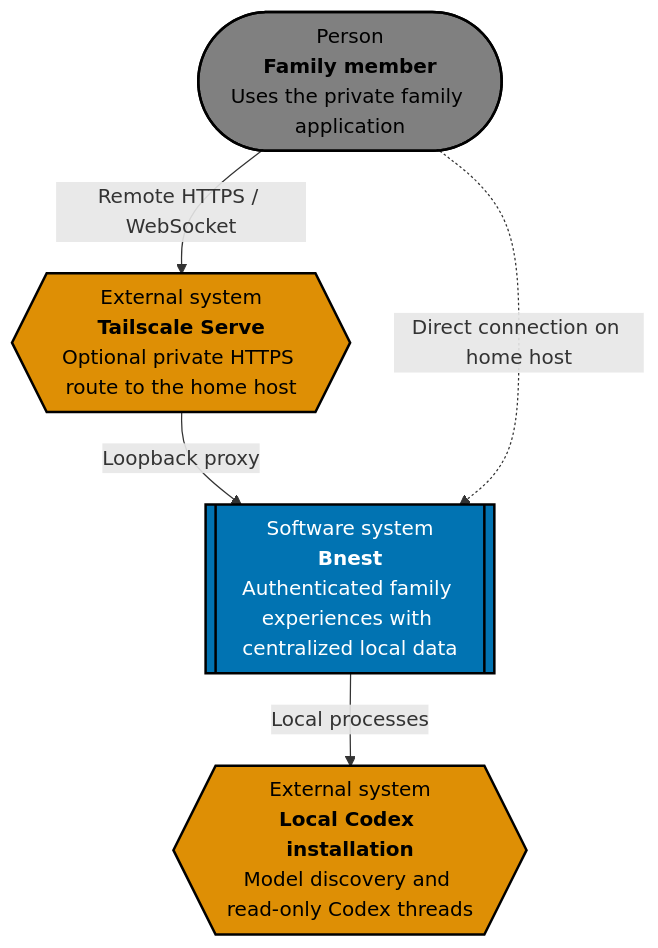
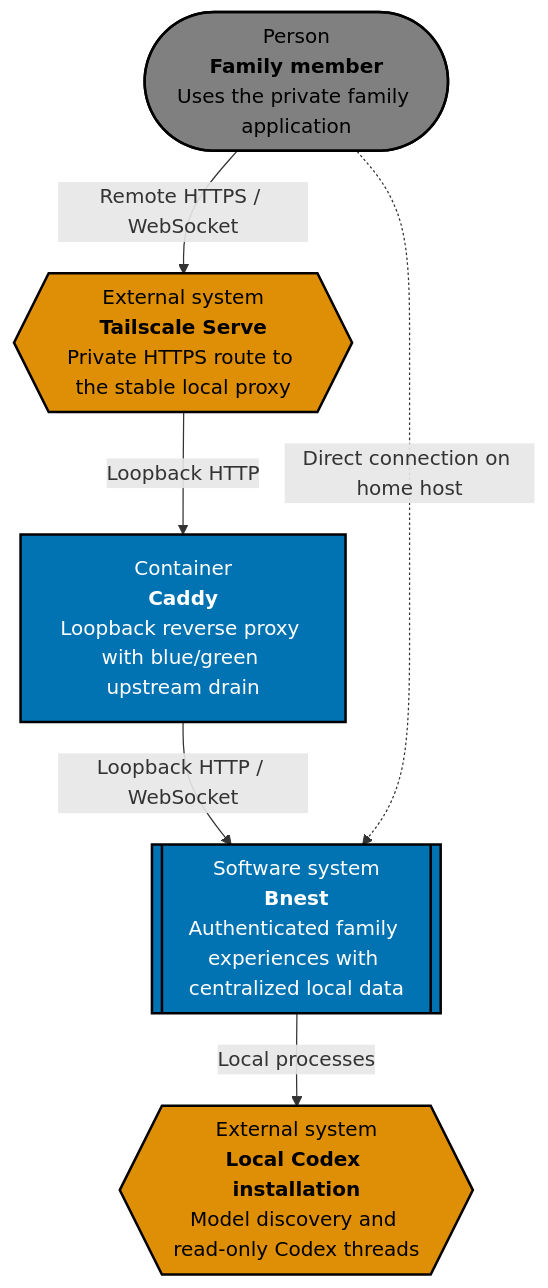
One commit to wahidyankf/beaver-nest changed the first of 3 diagrams in specs/apps/bnest/app/architecture.md. Above: the diagram before and after it, drawn with Mermaid. The commit also changed other lines of this file and 27 other files, not shown here.

Commit message:
feat(bnest): add no-downtime caddy deployment

````diff
--- a/specs/apps/bnest/app/architecture.md
+++ b/specs/apps/bnest/app/architecture.md
@@ -7,20 +7,23 @@
 ```mermaid
 %% Accessible palette: blue #0173B2, orange #DE8F05, gray #808080
 flowchart TB
     visitor(["Person<br/><b>Family member</b><br/>Uses the private family application"])
-    tailscale{{"External system<br/><b>Tailscale Serve</b><br/>Optional private HTTPS route to the home host"}}
+    tailscale{{"External system<br/><b>Tailscale Serve</b><br/>Private HTTPS route to the stable local proxy"}}
+    caddy["Container<br/><b>Caddy</b><br/>Loopback reverse proxy with blue/green upstream drain"]
     bnest[["Software system<br/><b>Bnest</b><br/>Authenticated family experiences with centralized local data"]]
     codex{{"External system<br/><b>Local Codex installation</b><br/>Model discovery and read-only Codex threads"}}
 
     visitor -->|Remote HTTPS / WebSocket| tailscale
-    tailscale -->|Loopback proxy| bnest
+    tailscale -->|Loopback HTTP| caddy
+    caddy -->|Loopback HTTP / WebSocket| bnest
     visitor -.->|Direct connection on home host| bnest
     bnest -->|Local processes| codex
 
     classDef person fill:#808080,stroke:#000000,color:#000000,stroke-width:2px
     classDef system fill:#0173B2,stroke:#000000,color:#FFFFFF,stroke-width:2px
     classDef external fill:#DE8F05,stroke:#000000,color:#000000,stroke-width:2px
     class visitor person
     class bnest system
     class tailscale,codex external
+    class caddy system
 ```
````
